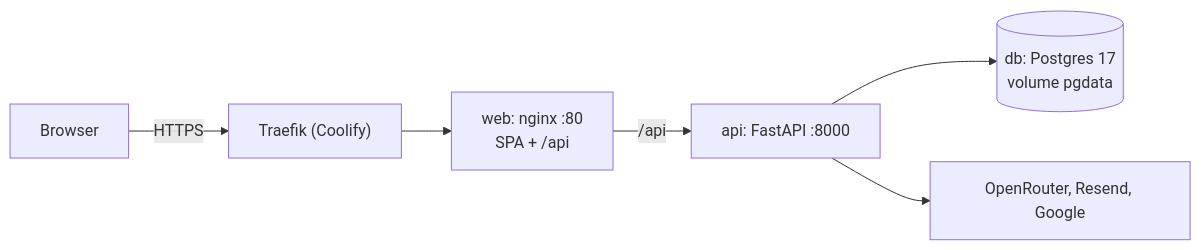
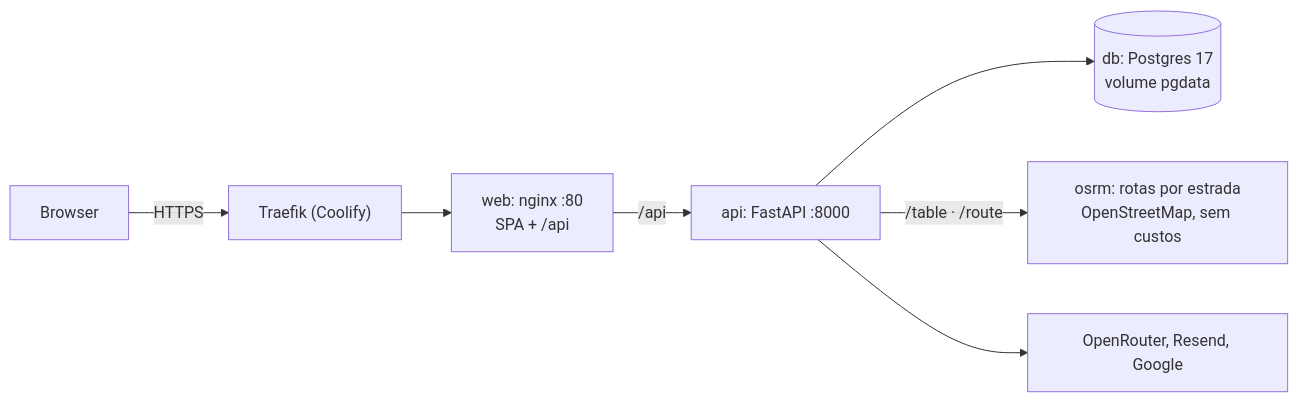
Before and after one commit to helderpgoncalves/novelo: the diagram in docs/engenharia/deploy.md, drawn with Mermaid. The commit also changed other lines of this file and 43 other files, not shown here.

First line of the commit message:
feat: road-based routes with a self-hosted OSRM (OpenStreetMap), with estimate fallback

````diff
--- a/docs/engenharia/deploy.md
+++ b/docs/engenharia/deploy.md
@@ -7,8 +7,9 @@
 ```mermaid
 flowchart LR
     U["Browser"] -->|HTTPS| T["Traefik (Coolify)"]
     T --> W["web: nginx :80<br/>SPA + /api"]
     W -->|/api| A["api: FastAPI :8000"]
     A --> D[("db: Postgres 17<br/>volume pgdata")]
+    A -->|"/table · /route"| R["osrm: rotas por estrada<br/>OpenStreetMap, sem custos"]
     A --> X["OpenRouter, Resend, Google"]
 ```
````
